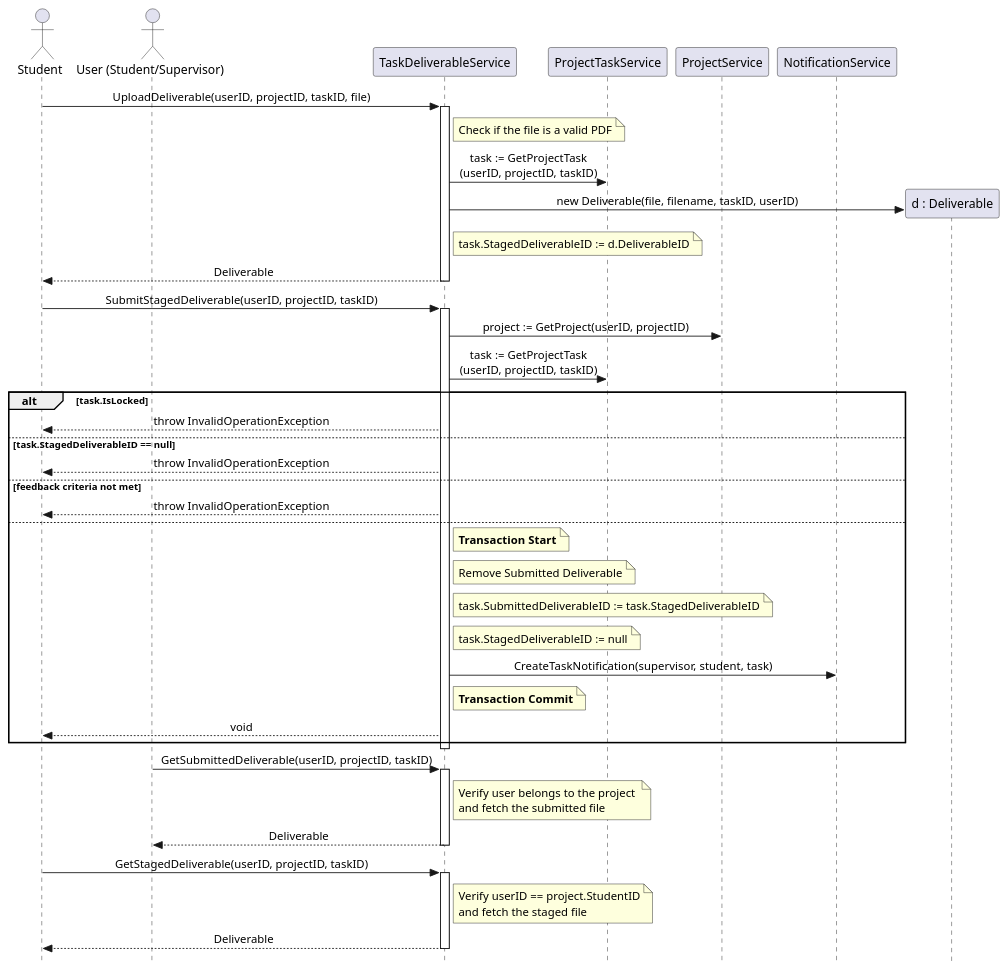
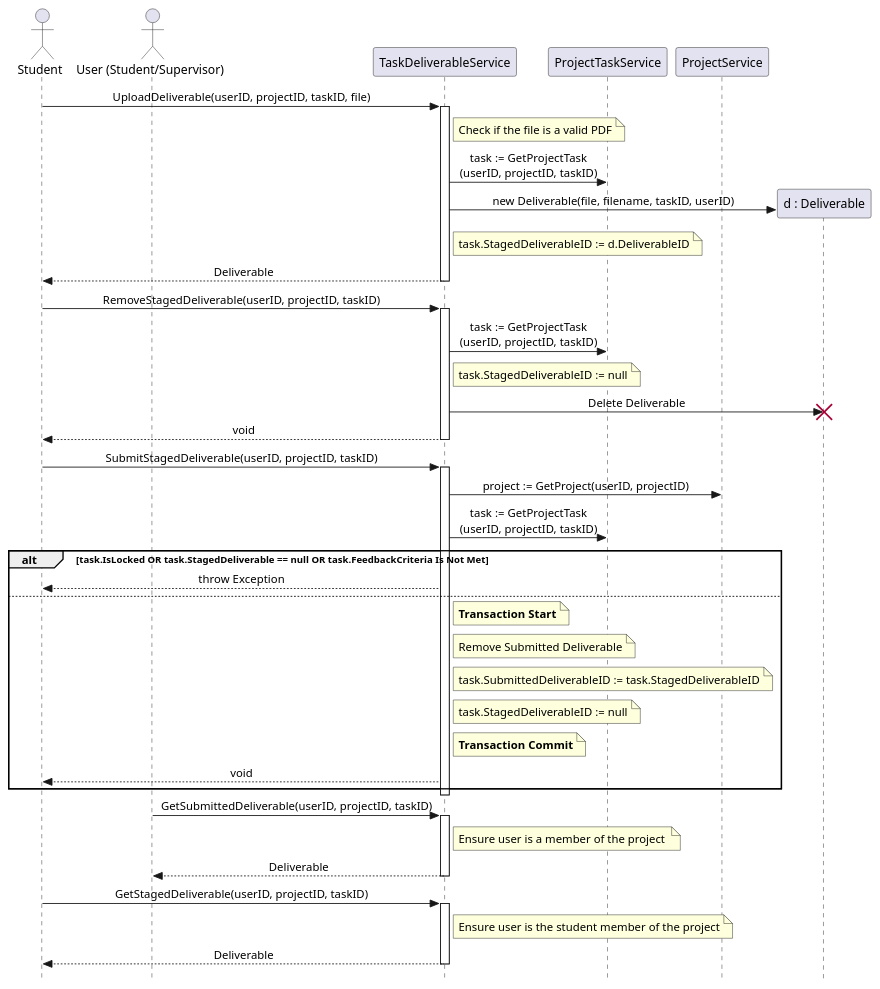
Before and after one commit to Beginner50/Dissertation: the diagram in UML/Sequence Diagrams/Deliverable Management.plantuml, drawn with PlantUML. The commit also changed 269 other files, not shown here.

```diff
--- a/UML/Sequence Diagrams/Deliverable Management.plantuml
+++ b/UML/Sequence Diagrams/Deliverable Management.plantuml
@@ -1,68 +1,72 @@
 @startuml
 skinparam Style strictuml
 skinparam SequenceMessageAlignment center
 
 actor Student
 actor "User (Student/Supervisor)" as U
 participant "TaskDeliverableService" as TDS
 participant "ProjectTaskService" as PTS
 participant "ProjectService" as PS
-participant "NotificationService" as NS
 
 Student -> TDS : UploadDeliverable(userID, projectID, taskID, file)
 activate TDS
     note right of TDS : Check if the file is a valid PDF
     
     TDS -> PTS : task := GetProjectTask\n(userID, projectID, taskID)
     
     create participant "d : Deliverable" as D
     TDS -> D : new Deliverable(file, filename, taskID, userID)
     
     note right of TDS : task.StagedDeliverableID := d.DeliverableID
     
     TDS --> Student : Deliverable
 deactivate TDS
 
+Student -> TDS : RemoveStagedDeliverable(userID, projectID, taskID)
+activate TDS
+    TDS -> PTS : task := GetProjectTask\n(userID, projectID, taskID)
+    
+    create participant "d : Deliverable" as D
+    note right of TDS : task.StagedDeliverableID := null
+    TDS ->  D: Delete Deliverable
+    destroy D
+        
+    TDS --> Student : void
+deactivate TDS
+
 Student -> TDS : SubmitStagedDeliverable(userID, projectID, taskID)
 activate TDS
     TDS -> PS : project := GetProject(userID, projectID)
     TDS -> PTS : task := GetProjectTask\n(userID, projectID, taskID)
     
-    alt task.IsLocked
-        TDS --> Student : throw InvalidOperationException
-    else task.StagedDeliverableID == null
-        TDS --> Student : throw InvalidOperationException
-    else feedback criteria not met
-        TDS --> Student : throw InvalidOperationException
+    alt task.IsLocked OR task.StagedDeliverable == null OR task.FeedbackCriteria Is Not Met
+        TDS --> Student : throw Exception
     else
         note right of TDS : **Transaction Start**
         note right of TDS : Remove Submitted Deliverable
         note right of TDS : task.SubmittedDeliverableID := task.StagedDeliverableID
         note right of TDS : task.StagedDeliverableID := null
         
-        TDS -> NS : CreateTaskNotification(supervisor, student, task)
         note right of TDS : **Transaction Commit**
         
         TDS --> Student : void
     end
 deactivate TDS
 
 U -> TDS : GetSubmittedDeliverable(userID, projectID, taskID)
 activate TDS
     note right of TDS
-        Verify user belongs to the project 
-        and fetch the submitted file
+        Ensure user is a member of the project 
     end note
     TDS --> U : Deliverable
 deactivate TDS
 
 Student -> TDS : GetStagedDeliverable(userID, projectID, taskID)
 activate TDS
     note right of TDS
-        Verify userID == project.StudentID
-        and fetch the staged file
+        Ensure user is the student member of the project
     end note
     TDS --> Student : Deliverable
 deactivate TDS
 
 @enduml
```
